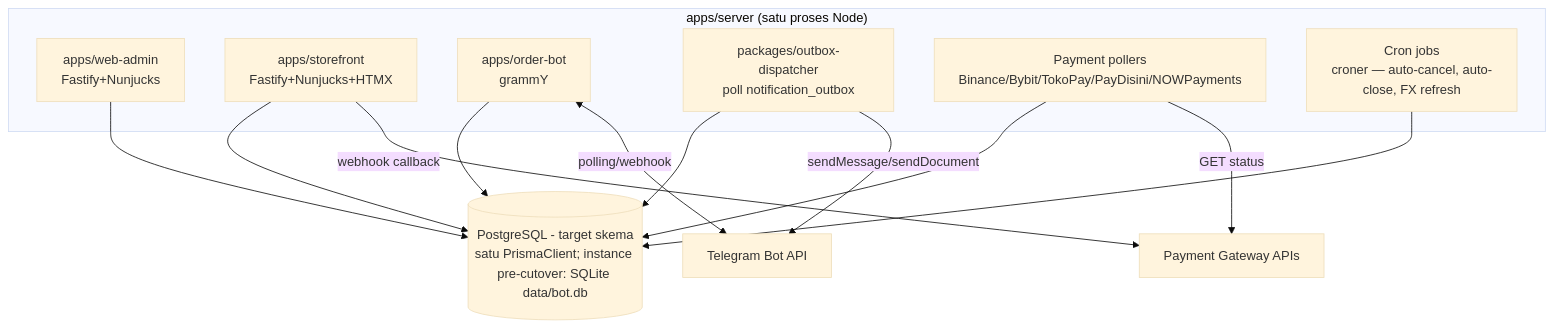
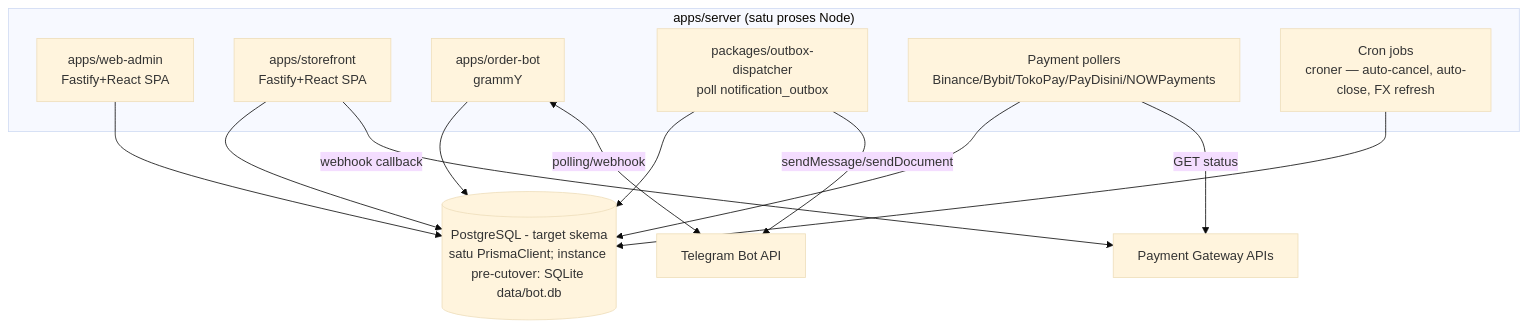
Before and after one commit to ilhamalifsaputra/web-and-bot-order: the first of 2 diagrams in docs/ARCHITECTURE.md, drawn with Mermaid (base theme). The commit also changed other lines of this file and 5 other files, not shown here.

Commit message:
docs: correct architecture docs to reflect the completed React SPA migration

````diff
--- a/docs/ARCHITECTURE.md
+++ b/docs/ARCHITECTURE.md
@@ -58,25 +62,25 @@
 ```mermaid
 graph TD
     subgraph "apps/server (satu proses Node)"
-        Admin[apps/web-admin<br/>Fastify+Nunjucks]
-        Shop[apps/storefront<br/>Fastify+Nunjucks+HTMX]
+        Admin[apps/web-admin<br/>Fastify+React SPA]
+        Shop[apps/storefront<br/>Fastify+React SPA]
         Bot[apps/order-bot<br/>grammY]
         Outbox[packages/outbox-dispatcher<br/>poll notification_outbox]
         Pollers[Payment pollers<br/>Binance/Bybit/TokoPay/PayDisini/NOWPayments]
         Cron[Cron jobs<br/>croner — auto-cancel, auto-close, FX refresh]
     end
     DB[(PostgreSQL - target skema<br/>satu PrismaClient; instance pre-cutover: SQLite data/bot.db)]
     TG[Telegram Bot API]
     GW[Payment Gateway APIs]
 
     Admin --> DB
     Shop --> DB
     Bot --> DB
     Outbox --> DB
     Outbox -->|sendMessage/sendDocument| TG
     Bot <-->|polling/webhook| TG
     Pollers --> DB
     Pollers -->|GET status| GW
     Shop -->|webhook callback| GW
     Cron --> DB
 ```
````
